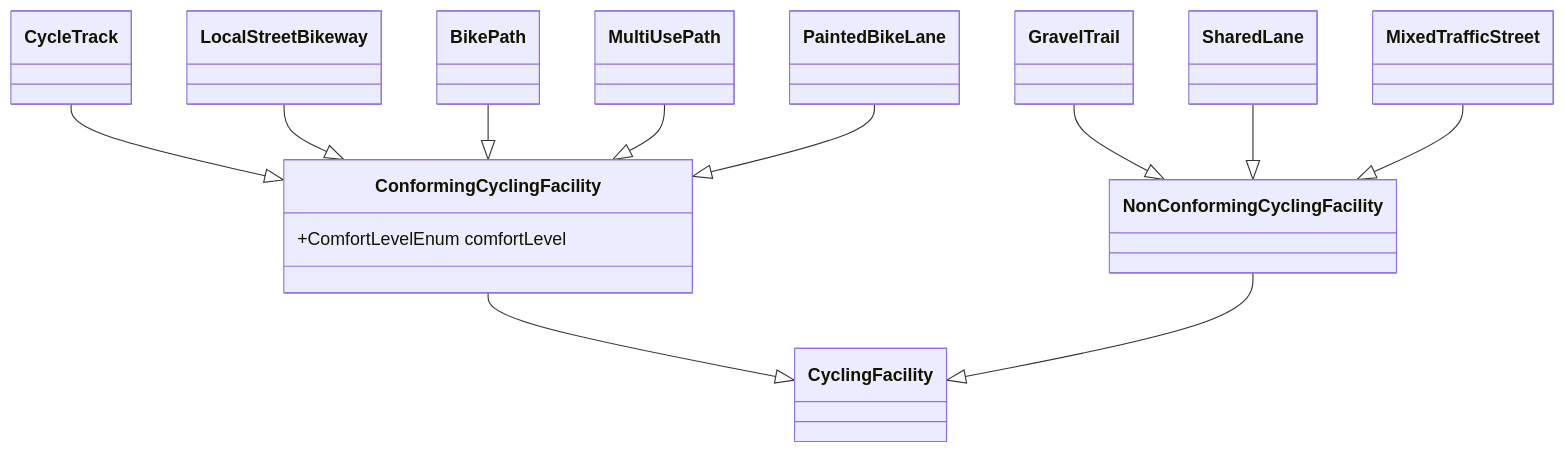
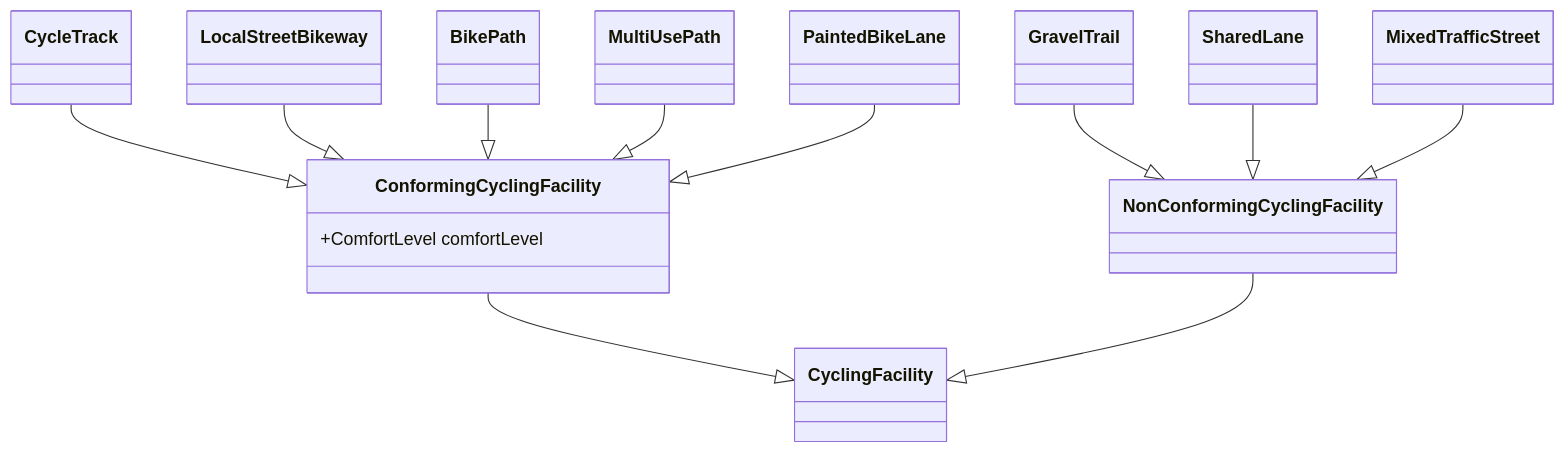
One commit to CSBP-CPSE/CanBICSOntology changed the diagram in README.md. Above: the diagram before and after it, drawn with Mermaid. The commit also changed other lines of this file and 7 other files, not shown here.

````diff
--- a/README.md
+++ b/README.md
@@ -7,22 +7,22 @@
 ```mermaid
 
 classDiagram
     CyclingFacility
 
     class ConformingCyclingFacility {
-      +ComfortLevelEnum comfortLevel 
+      +ComfortLevel comfortLevel 
     }
 
     ConformingCyclingFacility --|> CyclingFacility
     NonConformingCyclingFacility --|> CyclingFacility
     CycleTrack --|> ConformingCyclingFacility
     LocalStreetBikeway --|> ConformingCyclingFacility
     BikePath --|> ConformingCyclingFacility
     MultiUsePath --|> ConformingCyclingFacility
     PaintedBikeLane --|> ConformingCyclingFacility
     GravelTrail --|> NonConformingCyclingFacility 
     SharedLane --|> NonConformingCyclingFacility
     MixedTrafficStreet --|> NonConformingCyclingFacility
 
 
 ```
````
